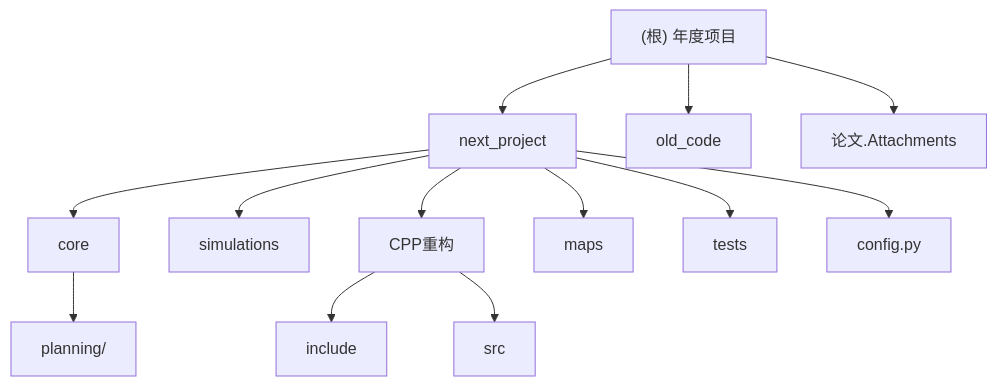
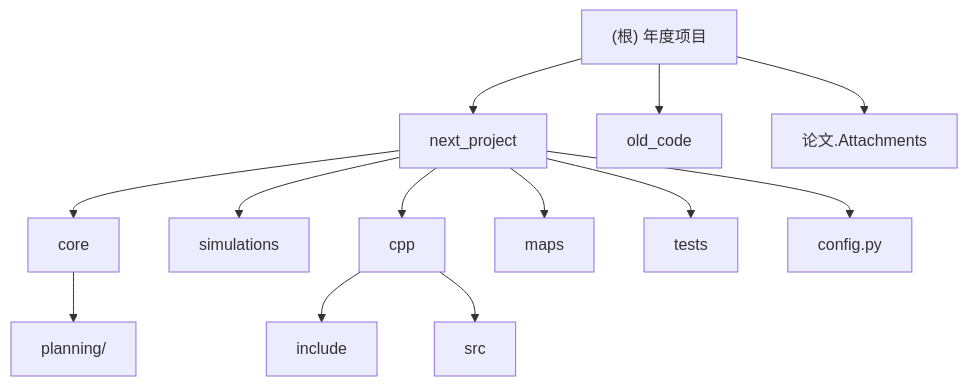
The diagram in CLAUDE.md (Wu-Chenjie/Annual-Project), drawn with Mermaid before and after one commit. The commit also changed other lines of this file and 32 other files, not shown here.

````diff
--- a/CLAUDE.md
+++ b/CLAUDE.md
@@ -21,15 +21,15 @@
 ```mermaid
 graph TD
     A["(根) 年度项目"] --> B["next_project"];
     A --> C["old_code"];
     A --> D["论文.Attachments"];
     B --> E["core"];
     B --> F["simulations"];
-    B --> G["CPP重构"];
+    B --> G["cpp"];
     B --> M["maps"];
     B --> T["tests"];
     B --> CFG["config.py"];
     E --> P["planning/"];
     G --> H["include"];
     G --> I["src"];
 ```
````
